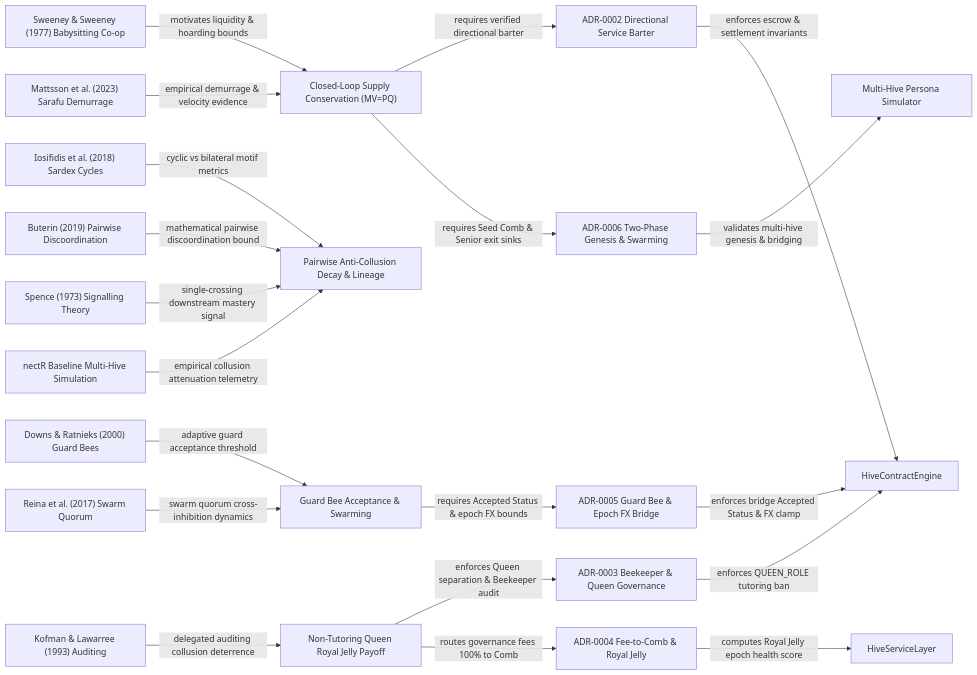
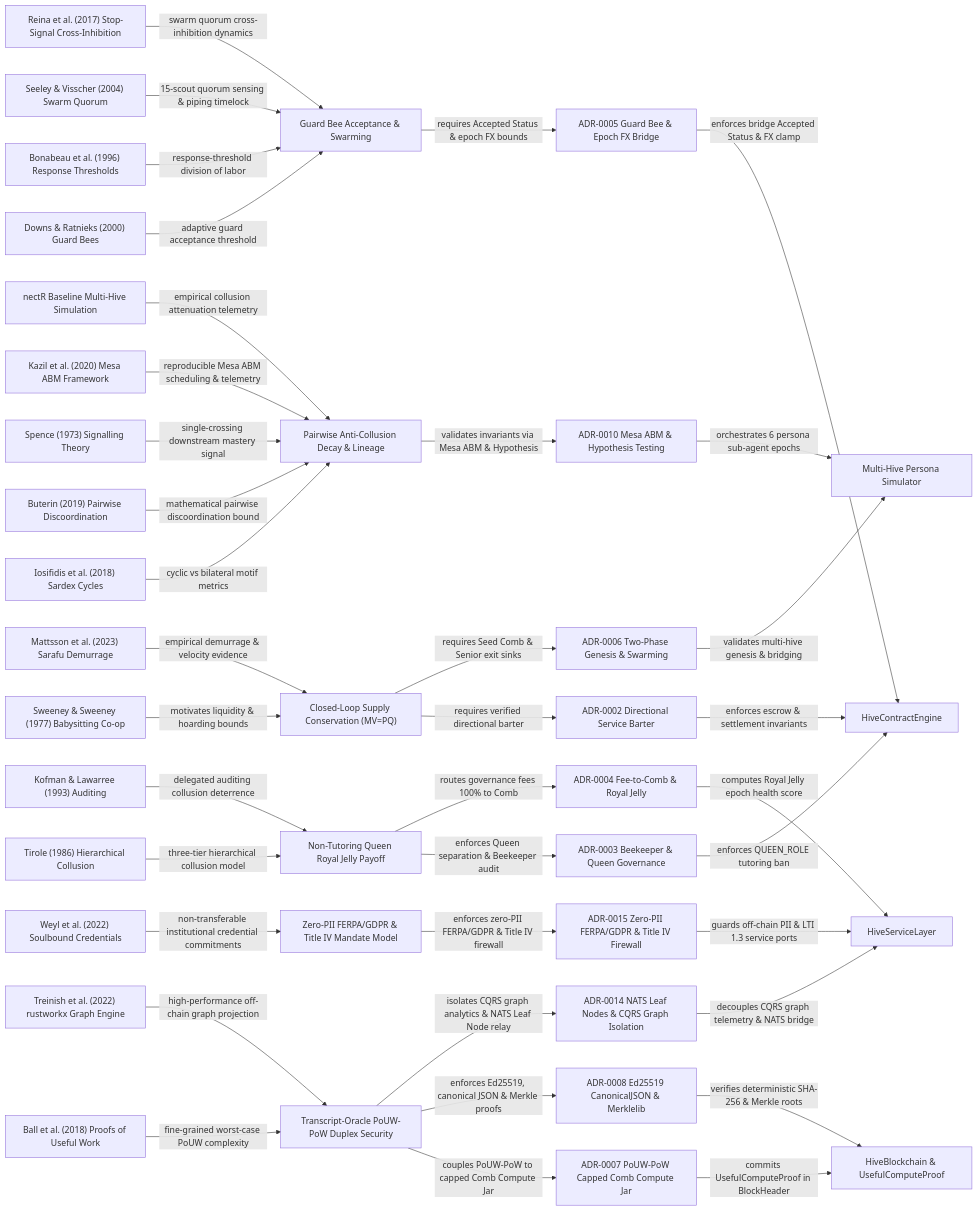
The diagram in docs/theory/provenance_lineage.md (brandon-fox/nectR), drawn with Mermaid before and after one commit. The commit also changed other lines of this file and 58 other files, not shown here.

First line of the commit message:
docs(spec): expand long-term OpenSpec roadmap, ADRs, and research provenance

````diff
--- a/docs/theory/provenance_lineage.md
+++ b/docs/theory/provenance_lineage.md
@@ -18,43 +18,75 @@
 ```mermaid
 flowchart LR
     source_sweeney_1977["Sweeney & Sweeney (1977) Babysitting Co-op"]
+    source_tirole_1986["Tirole (1986) Hierarchical Collusion"]
     source_mattsson_2023["Mattsson et al. (2023) Sarafu Demurrage"]
     source_iosifidis_2018["Iosifidis et al. (2018) Sardex Cycles"]
     source_kofman_lawarree_1993["Kofman & Lawarree (1993) Auditing"]
     source_buterin_2019["Buterin (2019) Pairwise Discoordination"]
     source_spence_1973["Spence (1973) Signalling Theory"]
     source_downs_ratnieks_2000["Downs & Ratnieks (2000) Guard Bees"]
-    source_reina_2017["Reina et al. (2017) Swarm Quorum"]
+    source_bonabeau_1996["Bonabeau et al. (1996) Response Thresholds"]
+    source_seeley_visscher_2004["Seeley & Visscher (2004) Swarm Quorum"]
+    source_reina_2017["Reina et al. (2017) Stop-Signal Cross-Inhibition"]
+    source_ball_2018["Ball et al. (2018) Proofs of Useful Work"]
+    source_kazil_2020["Kazil et al. (2020) Mesa ABM Framework"]
+    source_treinish_2022["Treinish et al. (2022) rustworkx Graph Engine"]
+    source_weyl_2022["Weyl et al. (2022) Soulbound Credentials"]
     source_nectr_sim_baseline_2026["nectR Baseline Multi-Hive Simulation"]
     theory_supply_conservation["Closed-Loop Supply Conservation (MV=PQ)"]
     theory_pairwise_decay["Pairwise Anti-Collusion Decay & Lineage"]
     theory_queen_payoff["Non-Tutoring Queen Royal Jelly Payoff"]
     theory_biomimetic_guards["Guard Bee Acceptance & Swarming"]
+    theory_duplex_pouw_security["Transcript-Oracle PoUW-PoW Duplex Security"]
+    theory_campus_zero_pii_compliance["Zero-PII FERPA/GDPR & Title IV Mandate Model"]
     decision_ADR_0002["ADR-0002 Directional Service Barter"]
     decision_ADR_0003["ADR-0003 Beekeeper & Queen Governance"]
     decision_ADR_0004["ADR-0004 Fee-to-Comb & Royal Jelly"]
     decision_ADR_0005["ADR-0005 Guard Bee & Epoch FX Bridge"]
     decision_ADR_0006["ADR-0006 Two-Phase Genesis & Swarming"]
+    decision_ADR_0007["ADR-0007 PoUW-PoW Capped Comb Compute Jar"]
+    decision_ADR_0008["ADR-0008 Ed25519 CanonicalJSON & Merklelib"]
+    decision_ADR_0010["ADR-0010 Mesa ABM & Hypothesis Testing"]
+    decision_ADR_0014["ADR-0014 NATS Leaf Nodes & CQRS Graph Isolation"]
+    decision_ADR_0015["ADR-0015 Zero-PII FERPA/GDPR & Title IV Firewall"]
+    code_chain_ledger["HiveBlockchain & UsefulComputeProof"]
     code_contracts_engine["HiveContractEngine"]
     code_hive_service["HiveServiceLayer"]
     code_persona_simulator["Multi-Hive Persona Simulator"]
     source_sweeney_1977 -->|"motivates liquidity & hoarding bounds"| theory_supply_conservation
     source_mattsson_2023 -->|"empirical demurrage & velocity evidence"| theory_supply_conservation
     source_iosifidis_2018 -->|"cyclic vs bilateral motif metrics"| theory_pairwise_decay
     source_buterin_2019 -->|"mathematical pairwise discoordination bound"| theory_pairwise_decay
     source_spence_1973 -->|"single-crossing downstream mastery signal"| theory_pairwise_decay
+    source_tirole_1986 -->|"three-tier hierarchical collusion model"| theory_queen_payoff
     source_kofman_lawarree_1993 -->|"delegated auditing collusion deterrence"| theory_queen_payoff
     source_downs_ratnieks_2000 -->|"adaptive guard acceptance threshold"| theory_biomimetic_guards
+    source_bonabeau_1996 -->|"response-threshold division of labor"| theory_biomimetic_guards
+    source_seeley_visscher_2004 -->|"15-scout quorum sensing & piping timelock"| theory_biomimetic_guards
     source_reina_2017 -->|"swarm quorum cross-inhibition dynamics"| theory_biomimetic_guards
+    source_ball_2018 -->|"fine-grained worst-case PoUW complexity"| theory_duplex_pouw_security
+    source_treinish_2022 -->|"high-performance off-chain graph projection"| theory_duplex_pouw_security
+    source_kazil_2020 -->|"reproducible Mesa ABM scheduling & telemetry"| theory_pairwise_decay
+    source_weyl_2022 -->|"non-transferable institutional credential commitments"| theory_campus_zero_pii_compliance
     source_nectr_sim_baseline_2026 -->|"empirical collusion attenuation telemetry"| theory_pairwise_decay
     theory_supply_conservation -->|"requires verified directional barter"| decision_ADR_0002
     theory_supply_conservation -->|"requires Seed Comb & Senior exit sinks"| decision_ADR_0006
     theory_queen_payoff -->|"enforces Queen separation & Beekeeper audit"| decision_ADR_0003
     theory_queen_payoff -->|"routes governance fees 100% to Comb"| decision_ADR_0004
     theory_biomimetic_guards -->|"requires Accepted Status & epoch FX bounds"| decision_ADR_0005
+    theory_duplex_pouw_security -->|"couples PoUW-PoW to capped Comb Compute Jar"| decision_ADR_0007
+    theory_duplex_pouw_security -->|"enforces Ed25519, canonical JSON & Merkle proofs"| decision_ADR_0008
+    theory_duplex_pouw_security -->|"isolates CQRS graph analytics & NATS Leaf Node relay"| decision_ADR_0014
+    theory_pairwise_decay -->|"validates invariants via Mesa ABM & Hypothesis"| decision_ADR_0010
+    theory_campus_zero_pii_compliance -->|"enforces zero-PII FERPA/GDPR & Title IV firewall"| decision_ADR_0015
     decision_ADR_0002 -->|"enforces escrow & settlement invariants"| code_contracts_engine
     decision_ADR_0003 -->|"enforces QUEEN_ROLE tutoring ban"| code_contracts_engine
     decision_ADR_0004 -->|"computes Royal Jelly epoch health score"| code_hive_service
     decision_ADR_0005 -->|"enforces bridge Accepted Status & FX clamp"| code_contracts_engine
     decision_ADR_0006 -->|"validates multi-hive genesis & bridging"| code_persona_simulator
+    decision_ADR_0007 -->|"commits UsefulComputeProof in BlockHeader"| code_chain_ledger
+    decision_ADR_0008 -->|"verifies deterministic SHA-256 & Merkle roots"| code_chain_ledger
+    decision_ADR_0010 -->|"orchestrates 6 persona sub-agent epochs"| code_persona_simulator
+    decision_ADR_0014 -->|"decouples CQRS graph telemetry & NATS bridge"| code_hive_service
+    decision_ADR_0015 -->|"guards off-chain PII & LTI 1.3 service ports"| code_hive_service
 ```
````
